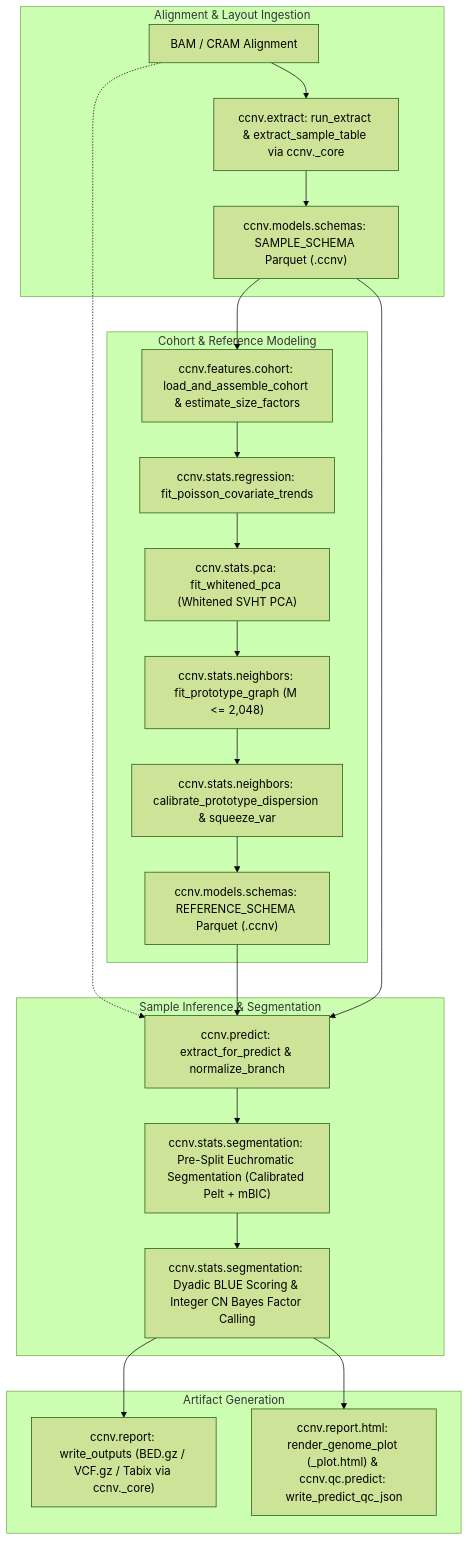
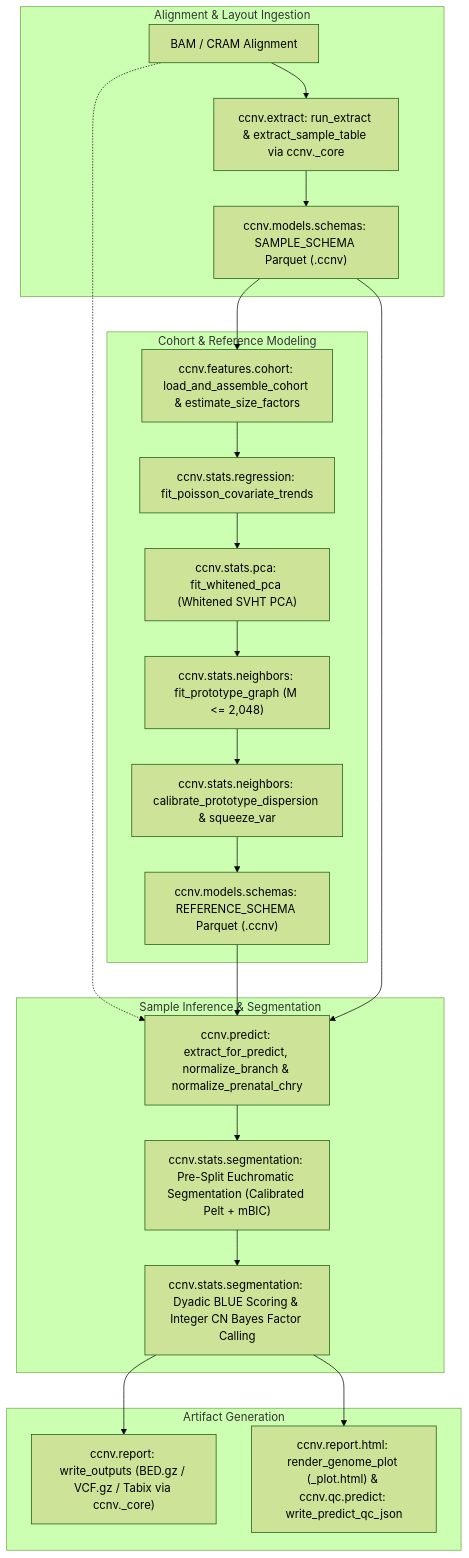
The diagram in src/ccnv/README.md (matthdsm/ccnv), drawn with Mermaid (forest theme) before and after one commit. The commit also changed other lines of this file and 22 other files, not shown here.

````diff
--- a/src/ccnv/README.md
+++ b/src/ccnv/README.md
@@ -7,26 +7,26 @@
 ```mermaid
 flowchart TD
     subgraph Ingestion["Alignment & Layout Ingestion"]
         A["BAM / CRAM Alignment"] --> B["ccnv.extract: run_extract & extract_sample_table via ccnv._core"]
         B --> C["ccnv.models.schemas: SAMPLE_SCHEMA Parquet (.ccnv)"]
     end
     subgraph ReferenceModeling["Cohort & Reference Modeling"]
         C --> D["ccnv.features.cohort: load_and_assemble_cohort & estimate_size_factors"]
         D --> E["ccnv.stats.regression: fit_poisson_covariate_trends"]
         E --> F["ccnv.stats.pca: fit_whitened_pca (Whitened SVHT PCA)"]
         F --> G["ccnv.stats.neighbors: fit_prototype_graph (M <= 2,048)"]
         G --> H["ccnv.stats.neighbors: calibrate_prototype_dispersion & squeeze_var"]
         H --> I["ccnv.models.schemas: REFERENCE_SCHEMA Parquet (.ccnv)"]
     end
     subgraph Inference["Sample Inference & Segmentation"]
-        A -.-> J["ccnv.predict: extract_for_predict & normalize_branch"]
+        A -.-> J["ccnv.predict: extract_for_predict, normalize_branch & normalize_prenatal_chry"]
         I --> J
         C --> J
         J --> K["ccnv.stats.segmentation: Pre-Split Euchromatic Segmentation (Calibrated Pelt + mBIC)"]
         K --> L["ccnv.stats.segmentation: Dyadic BLUE Scoring & Integer CN Bayes Factor Calling"]
     end
     subgraph Reporting["Artifact Generation"]
         L --> M["ccnv.report: write_outputs (BED.gz / VCF.gz / Tabix via ccnv._core)"]
         L --> N["ccnv.report.html: render_genome_plot (_plot.html) & ccnv.qc.predict: write_predict_qc_json"]
     end
 ```
````
